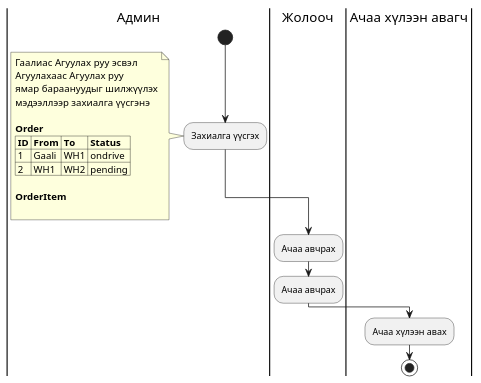
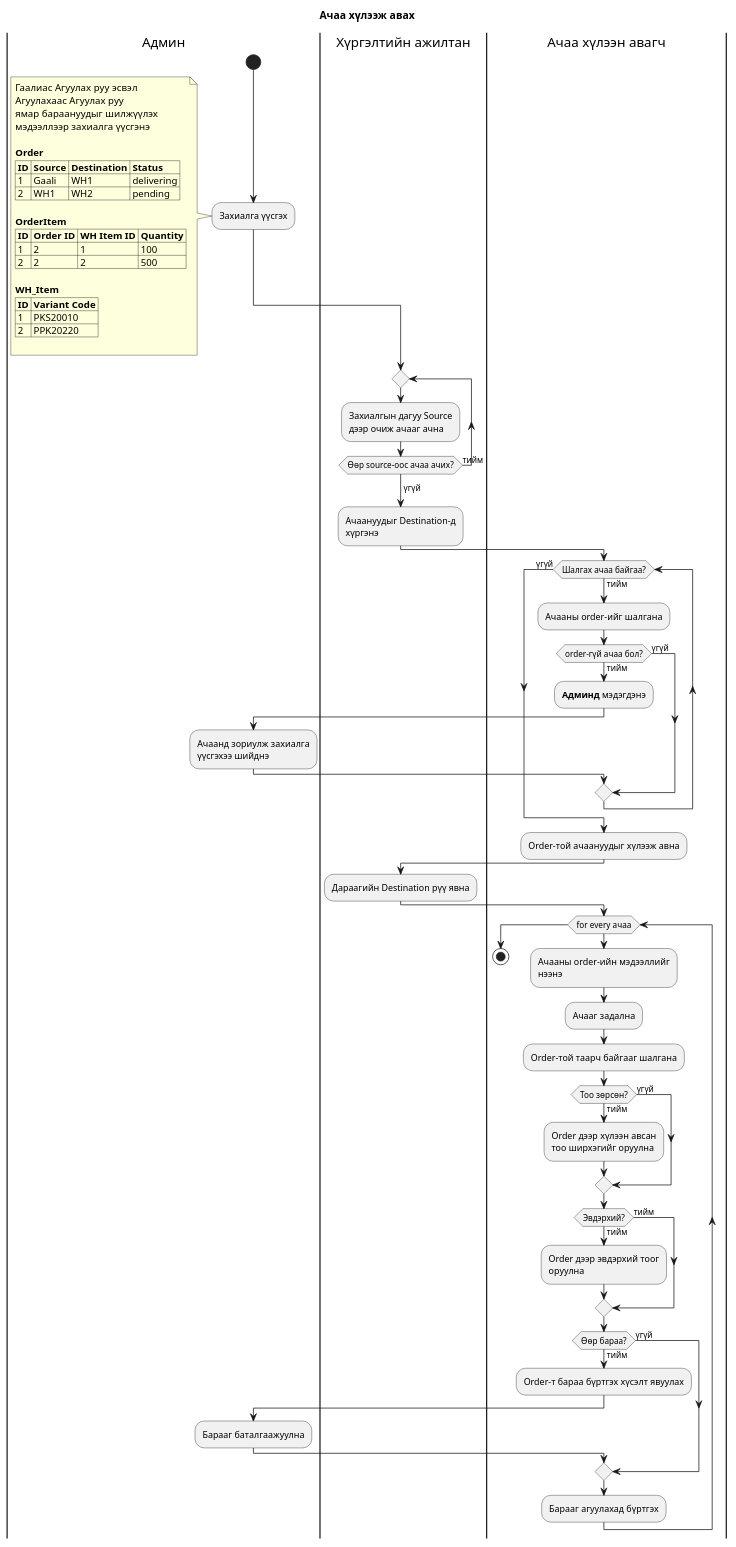
The diagram in docs/activity_diagram.md (lodipay/lodipay-wms), drawn with PlantUML before and after one commit.

Commit message:
feat(activity-diagram): inbound process

````diff
--- a/docs/activity_diagram.md
+++ b/docs/activity_diagram.md
@@ -5,27 +3,82 @@
 ```plantuml
 @startuml
+
+title Ачаа хүлээж авах
 |Админ|
 start
 :Захиалга үүсгэх;
+
 note left
 Гаалиас Агуулах руу эсвэл
 Агуулахаас Агуулах руу
 ямар бараануудыг шилжүүлэх
 мэдээллээр захиалга үүсгэнэ
 
 **Order**
-|= ID |= From |= To |= Status |
-| 1 | Gaali | WH1 | ondrive |
+|= ID |= Source |= Destination |= Status |
+| 1 | Gaali | WH1 | delivering |
 | 2 | WH1 | WH2 | pending |
 
 **OrderItem**
+|= ID |= Order ID |= WH Item ID |= Quantity |
+| 1 | 2 | 1 | 100 |
+| 2 | 2 | 2 | 500 |
+
+**WH_Item**
+|= ID |= Variant Code |
+| 1 | PKS20010 |
+| 2 | PPK20220 |
 
 end note
-|Жолооч|
-:Ачаа авчрах;
-:Ачаа авчрах;
+
+|Хүргэлтийн ажилтан|
+repeat
+  :Захиалгын дагуу Source
+  дээр очиж ачааг ачна;
+repeat while (Өөр source-оос ачаа ачих?) is (тийм)
+->үгүй;
+:Ачаануудыг Destination-д
+хүргэнэ;
 |Ачаа хүлээн авагч|
-:Ачаа хүлээн авах;
+while (Шалгах ачаа байгаа?) is (тийм)
+  :Ачааны order-ийг шалгана;
+  if (order-гүй ачаа бол?) then (тийм)
+    :**Админд** мэдэгдэнэ;
+    |Админ|
+    :Ачаанд зориулж захиалга
+    үүсгэхээ шийднэ;
+  else (үгүй)
+  endif
+endwhile (үгүй)
+|Ачаа хүлээн авагч|
+:Order-той ачаануудыг хүлээж авна;
+|Хүргэлтийн ажилтан|
+:Дараагийн Destination рүү явна;
+|Ачаа хүлээн авагч|
+while (for every ачаа)
+  :Ачааны order-ийн мэдээллийг
+  нээнэ;
+  :Ачааг задална;
+  :Order-той таарч байгааг шалгана;
+  if (Тоо зөрсөн?) then (тийм)
+    :Order дээр хүлээн авсан
+    тоо ширхэгийг оруулна;
+  else (үгүй)
+  endif
+  if (Эвдэрхий?) then (тийм)
+    :Order дээр эвдэрхий тоог
+    оруулна;
+  else (тийм)
+  endif
+  if (Өөр бараа?) then (тийм)
+    :Order-т бараа бүртгэх хүсэлт явуулах;
+    |Админ|
+    :Барааг баталгаажуулна;
+  else (үгүй)
+  endif
+  |Ачаа хүлээн авагч|
+  :Барааг агуулахад бүртгэх;
+endwhile
 stop
 @enduml
 ```
````
